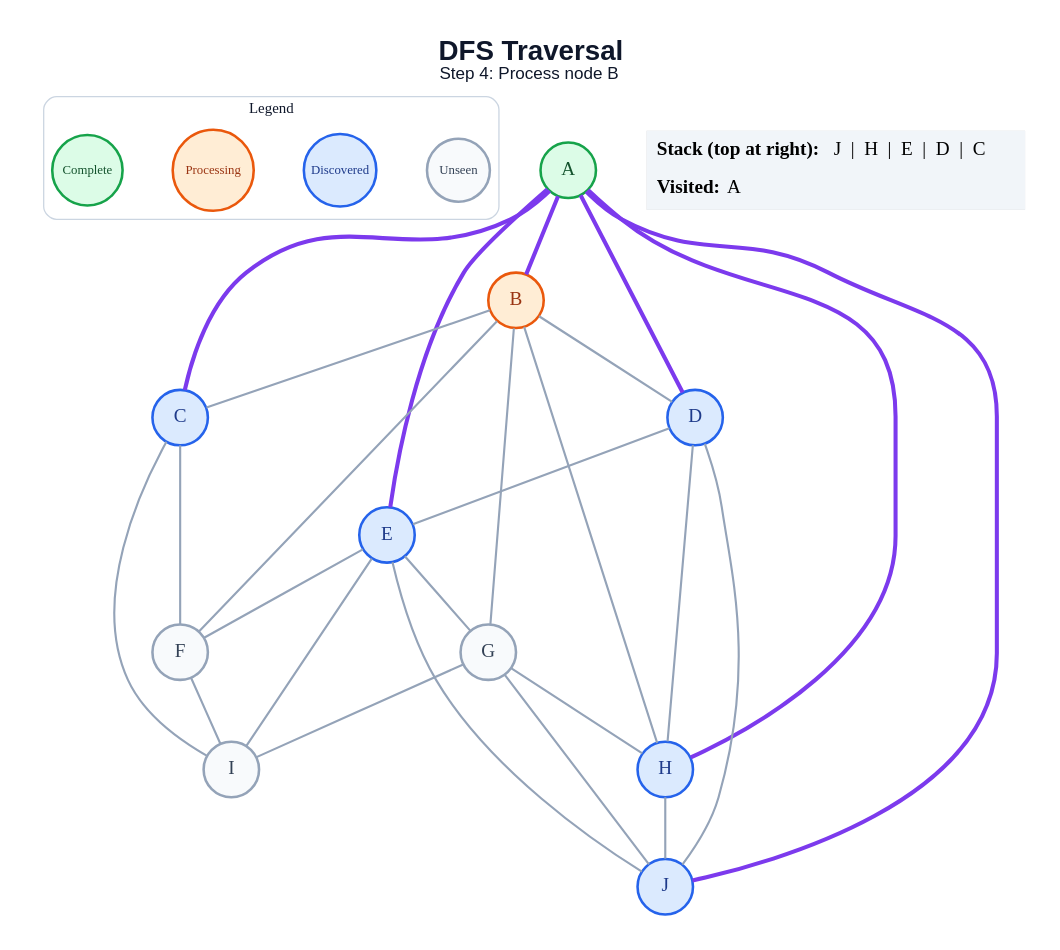
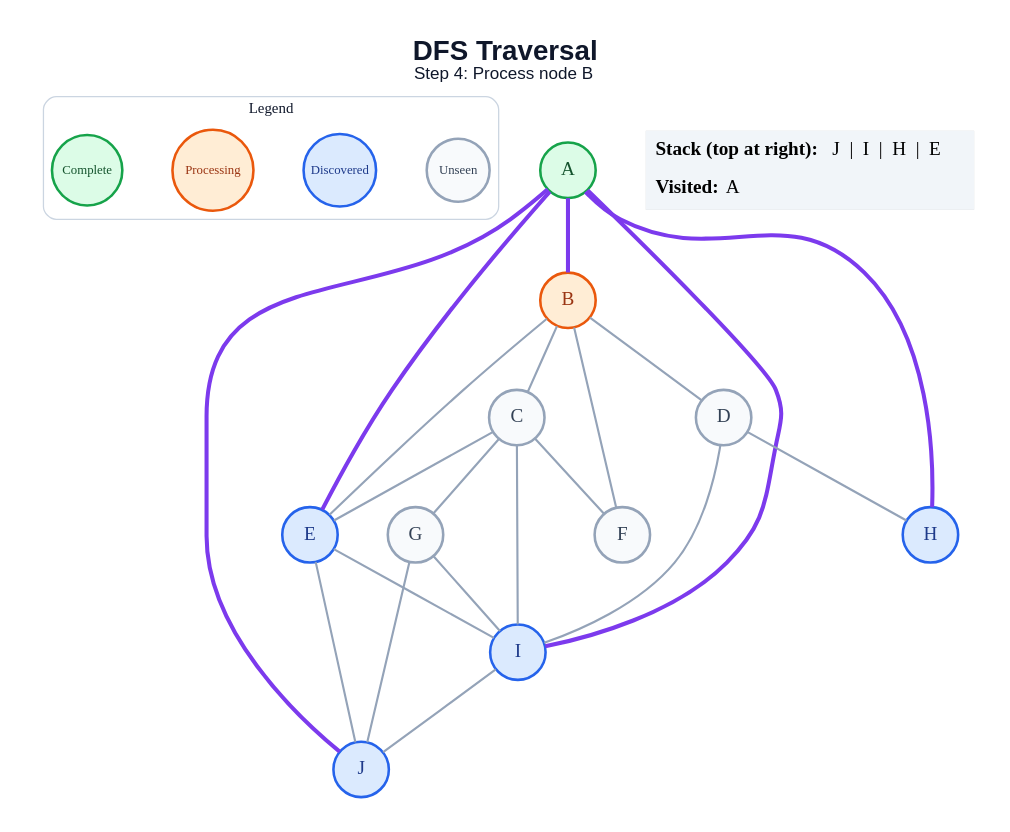
The diagram in generated/dfs/step_04.dot (anon7238593-create/ai-slop), drawn with Graphviz before and after one commit. The commit also changed 178 other files, not shown here.

```diff
--- a/generated/dfs/step_04.dot
+++ b/generated/dfs/step_04.dot
@@ -1,54 +1,49 @@
 graph traversal {
   graph [layout=dot, rankdir=TB, bgcolor="#FFFFFF", pad="0.35", nodesep="0.65", ranksep="0.8", fontname="Arial"];
   node [shape=circle, style="filled", fontname="Arial Bold", fontsize=18, width=0.72, fixedsize=true, penwidth=2.4];
   edge [color="#94A3B8", penwidth=2.0];
   label=<<B>DFS Traversal</B><BR/><FONT POINT-SIZE="16">Step 4: Process node B</FONT>>; labelloc="t"; fontsize=26; fontname="Arial"; fontcolor="#0F172A";
   subgraph cluster_legend { label="Legend"; color="#CBD5E1"; penwidth=1.2; style="rounded"; fontsize=14; fontname="Arial Bold";
     key_unseen [label="Unseen", fillcolor="#F8FAFC", color="#94A3B8", fontcolor="#334155", fontsize=12, width=0.82];
     key_frontier [label="Discovered", fillcolor="#DBEAFE", color="#2563EB", fontcolor="#1E3A8A", fontsize=12, width=0.95];
     key_current [label="Processing", fillcolor="#FFEDD5", color="#EA580C", fontcolor="#9A3412", fontsize=12, width=1.05];
     key_done [label="Complete", fillcolor="#DCFCE7", color="#16A34A", fontcolor="#14532D", fontsize=12, width=0.92];
     { rank=same; key_unseen; key_frontier; key_current; key_done; }
   }
   A [fillcolor="#DCFCE7", color="#16A34A", fontcolor="#14532D"];
   B [fillcolor="#FFEDD5", color="#EA580C", fontcolor="#9A3412"];
-  C [fillcolor="#DBEAFE", color="#2563EB", fontcolor="#1E3A8A"];
-  D [fillcolor="#DBEAFE", color="#2563EB", fontcolor="#1E3A8A"];
+  C [fillcolor="#F8FAFC", color="#94A3B8", fontcolor="#334155"];
+  D [fillcolor="#F8FAFC", color="#94A3B8", fontcolor="#334155"];
   E [fillcolor="#DBEAFE", color="#2563EB", fontcolor="#1E3A8A"];
   F [fillcolor="#F8FAFC", color="#94A3B8", fontcolor="#334155"];
   G [fillcolor="#F8FAFC", color="#94A3B8", fontcolor="#334155"];
   H [fillcolor="#DBEAFE", color="#2563EB", fontcolor="#1E3A8A"];
-  I [fillcolor="#F8FAFC", color="#94A3B8", fontcolor="#334155"];
+  I [fillcolor="#DBEAFE", color="#2563EB", fontcolor="#1E3A8A"];
   J [fillcolor="#DBEAFE", color="#2563EB", fontcolor="#1E3A8A"];
   A -- B [color="#7C3AED", penwidth=3.8];
-  A -- C [color="#7C3AED", penwidth=3.8];
-  A -- D [color="#7C3AED", penwidth=3.8];
   A -- E [color="#7C3AED", penwidth=3.8];
   A -- H [color="#7C3AED", penwidth=3.8];
+  A -- I [color="#7C3AED", penwidth=3.8];
   A -- J [color="#7C3AED", penwidth=3.8];
   B -- C;
   B -- D;
+  B -- E;
   B -- F;
-  B -- G;
-  B -- H;
+  C -- E;
   C -- F;
+  C -- G;
   C -- I;
-  D -- E;
   D -- H;
-  D -- J;
-  E -- F;
-  E -- G;
+  D -- I;
   E -- I;
   E -- J;
-  F -- I;
-  G -- H;
   G -- I;
   G -- J;
-  H -- J;
+  I -- J;
   status [shape=plain, fixedsize=false, width=0, height=0, margin=0, label=<
     <TABLE BORDER="0" CELLBORDER="0" CELLPADDING="7" BGCOLOR="#F1F5F9">
-      <TR><TD ALIGN="LEFT"><B>Stack (top at right):</B> J  |  H  |  E  |  D  |  C</TD></TR>
+      <TR><TD ALIGN="LEFT"><B>Stack (top at right):</B> J  |  I  |  H  |  E</TD></TR>
       <TR><TD ALIGN="LEFT"><B>Visited:</B> A</TD></TR>
     </TABLE>
   >];
 }
```
